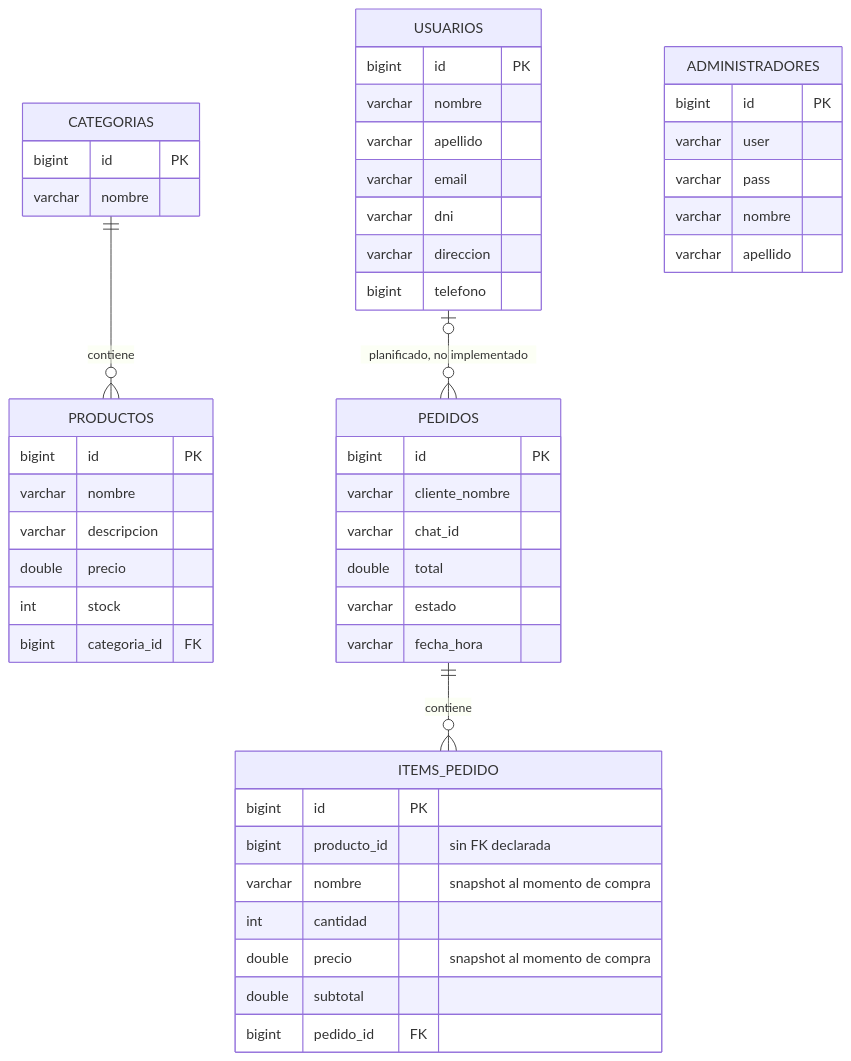
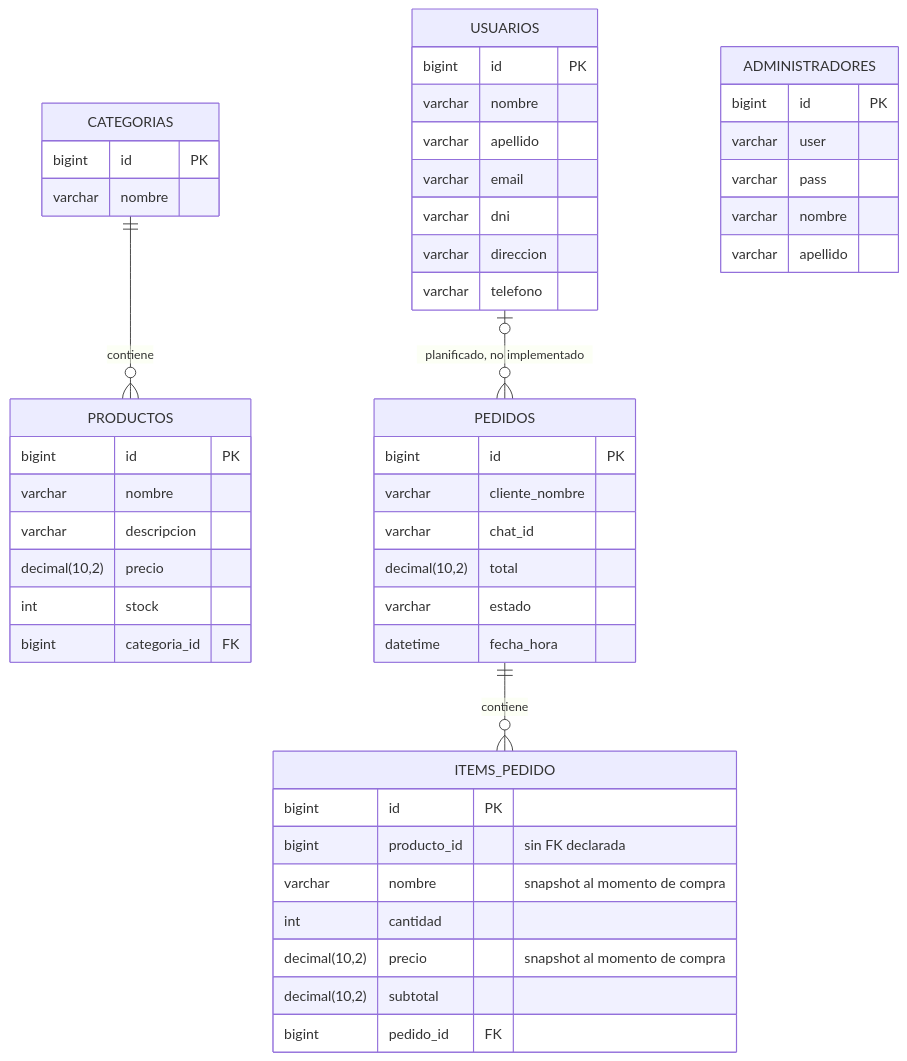
One commit to marianovidela1988-svg/integrador_final changed the diagram in docs/diagramas/diagrama_der.mmd. Above: the diagram before and after it, drawn with Mermaid. The commit also changed 7 other files, not shown here.

First line of the commit message:
Etapa 1 de la devolución sobre v13: regenera diagramas y crea Informe_Tesis_v14

```diff
--- a/docs/diagramas/diagrama_der.mmd
+++ b/docs/diagramas/diagrama_der.mmd
@@ -1,50 +1,50 @@
 erDiagram
     CATEGORIAS ||--o{ PRODUCTOS : contiene
     PEDIDOS ||--o{ ITEMS_PEDIDO : contiene
     USUARIOS |o--o{ PEDIDOS : "planificado, no implementado"
 
     ADMINISTRADORES {
         bigint id PK
         varchar user
         varchar pass
         varchar nombre
         varchar apellido
     }
     CATEGORIAS {
         bigint id PK
         varchar nombre
     }
     PRODUCTOS {
         bigint id PK
         varchar nombre
         varchar descripcion
-        double precio
+        decimal(10,2) precio
         int stock
         bigint categoria_id FK
     }
     PEDIDOS {
         bigint id PK
         varchar cliente_nombre
         varchar chat_id
-        double total
+        decimal(10,2) total
         varchar estado
-        varchar fecha_hora
+        datetime fecha_hora
     }
     ITEMS_PEDIDO {
         bigint id PK
         bigint producto_id "sin FK declarada"
         varchar nombre "snapshot al momento de compra"
         int cantidad
-        double precio "snapshot al momento de compra"
-        double subtotal
+        decimal(10,2) precio "snapshot al momento de compra"
+        decimal(10,2) subtotal
         bigint pedido_id FK
     }
     USUARIOS {
         bigint id PK
         varchar nombre
         varchar apellido
         varchar email
         varchar dni
         varchar direccion
-        bigint telefono
+        varchar telefono
     }
```
